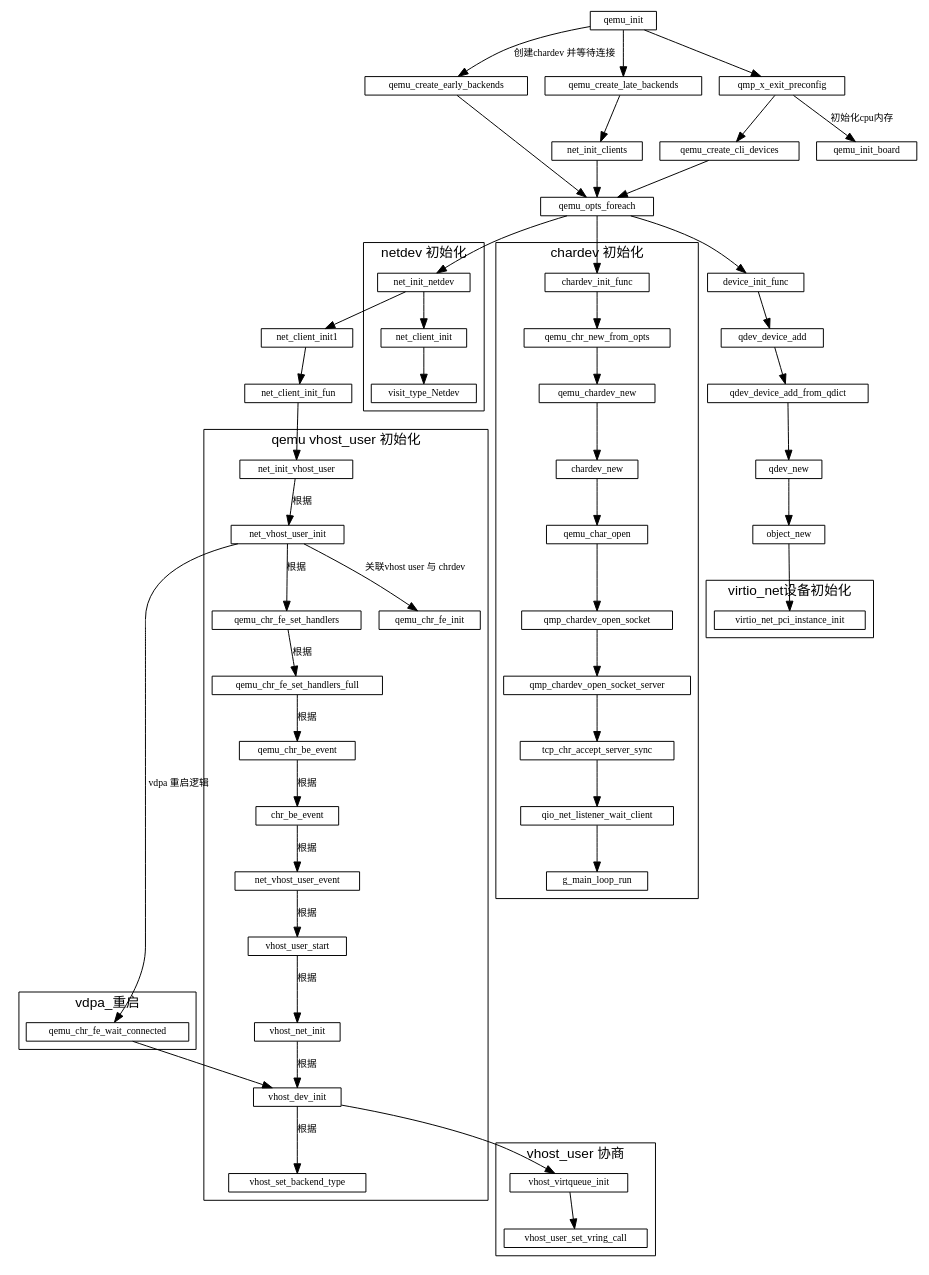
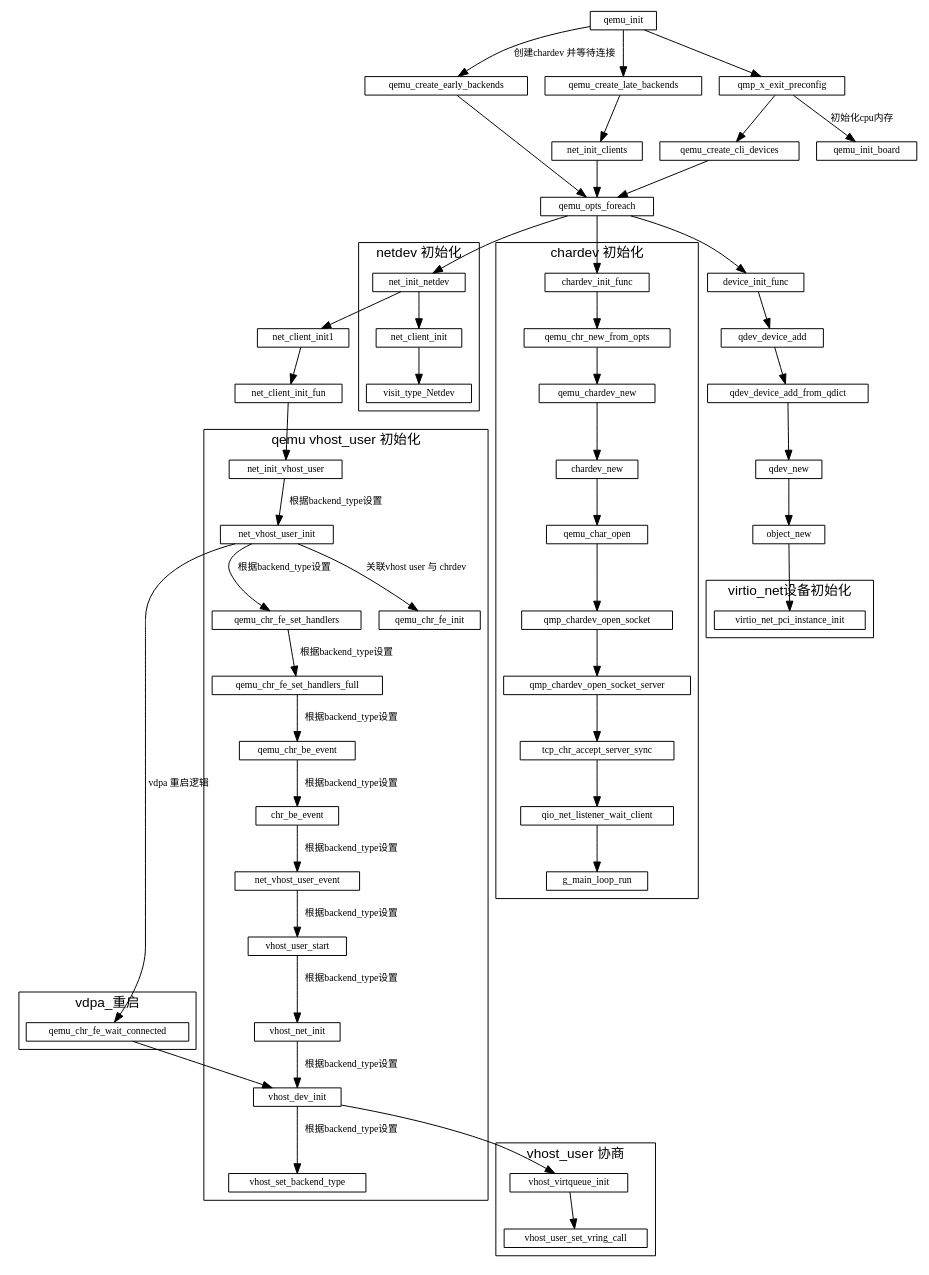
The diagram in qemu/qemu初始化.md (sisyphus1212/note), drawn with Graphviz before and after one commit.

Commit message:
auto_update

```diff
--- a/qemu/qemu初始化.md
+++ b/qemu/qemu初始化.md
@@ -58,7 +58,7 @@
                             -> vhost_user_start
                             -> vhost_net_init
                             -> vhost_dev_init
-                            -> vhost_set_backend_type[label="根据"]
+                            -> vhost_set_backend_type[label="根据backend_type设置"]
 
 
         net_vhost_user_init -> qemu_chr_fe_init[label="关联vhost user 与 chrdev"]
```
